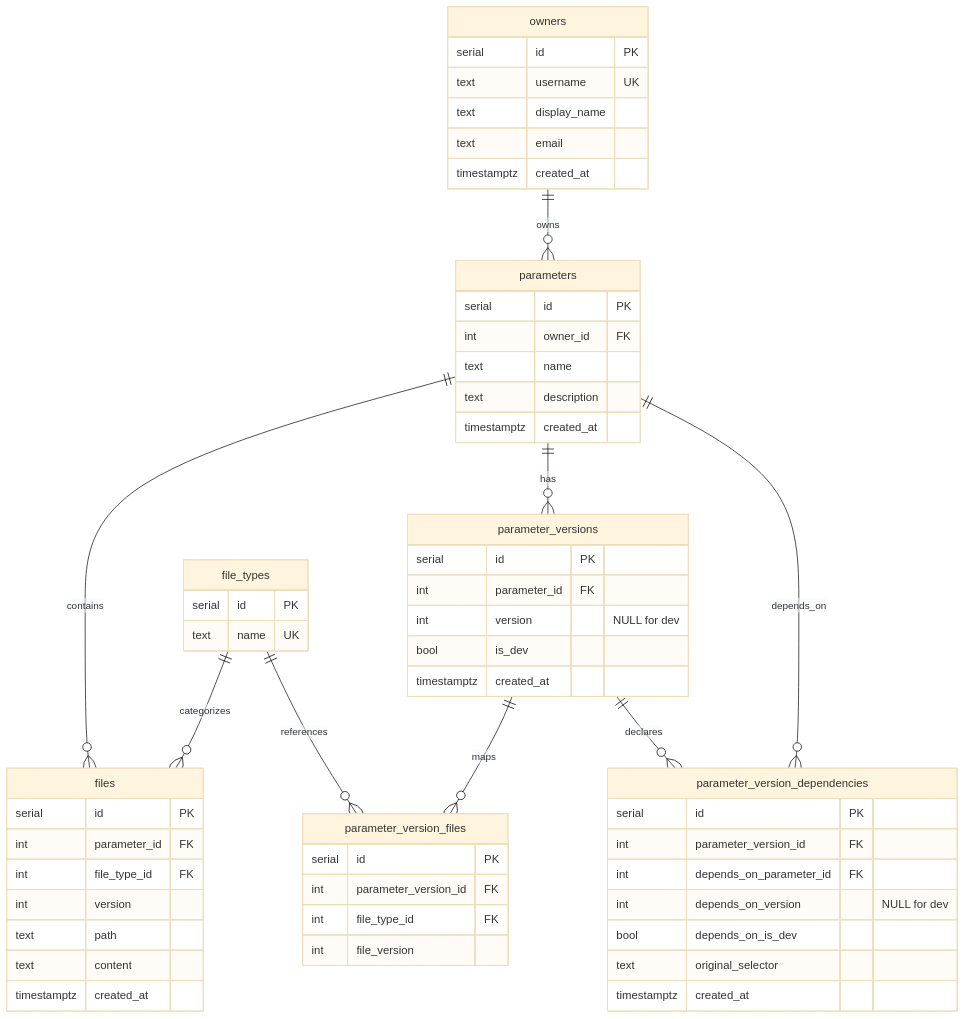
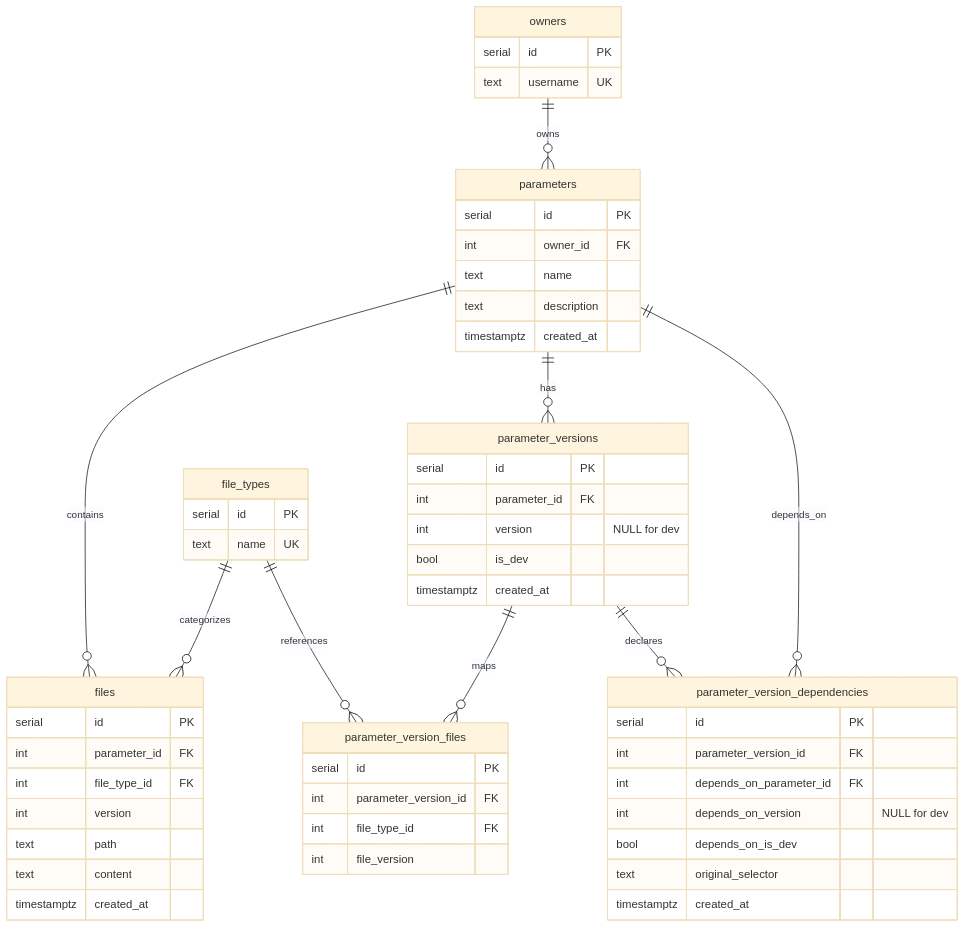
The first of 6 diagrams in docs/schema.md (anfroholic/parameter_version_tester), drawn with Mermaid (base theme) before and after one commit. The commit also changed 10 other files, not shown here.

````diff
--- a/docs/schema.md
+++ b/docs/schema.md
@@ -5,67 +5,64 @@
 ```mermaid
 erDiagram
     owners ||--o{ parameters : "owns"
     parameters ||--o{ files : "contains"
     parameters ||--o{ parameter_versions : "has"
     file_types ||--o{ files : "categorizes"
     file_types ||--o{ parameter_version_files : "references"
     parameter_versions ||--o{ parameter_version_files : "maps"
     parameter_versions ||--o{ parameter_version_dependencies : "declares"
     parameters ||--o{ parameter_version_dependencies : "depends_on"
 
     owners {
         serial id PK
         text username UK
-        text display_name
-        text email
-        timestamptz created_at
     }
 
     parameters {
         serial id PK
         int owner_id FK
         text name
         text description
         timestamptz created_at
     }
 
     file_types {
         serial id PK
         text name UK
     }
 
     files {
         serial id PK
         int parameter_id FK
         int file_type_id FK
         int version
         text path
         text content
         timestamptz created_at
     }
 
     parameter_versions {
         serial id PK
         int parameter_id FK
         int version "NULL for dev"
         bool is_dev
         timestamptz created_at
     }
 
     parameter_version_files {
         serial id PK
         int parameter_version_id FK
         int file_type_id FK
         int file_version
     }
 
     parameter_version_dependencies {
         serial id PK
         int parameter_version_id FK
         int depends_on_parameter_id FK
         int depends_on_version "NULL for dev"
         bool depends_on_is_dev
         text original_selector
         timestamptz created_at
     }
 ```
````
